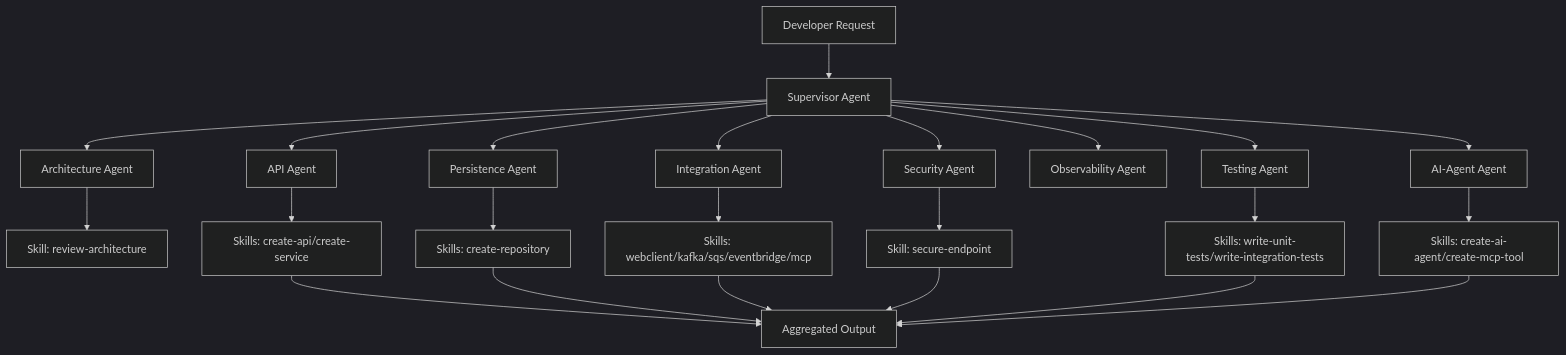
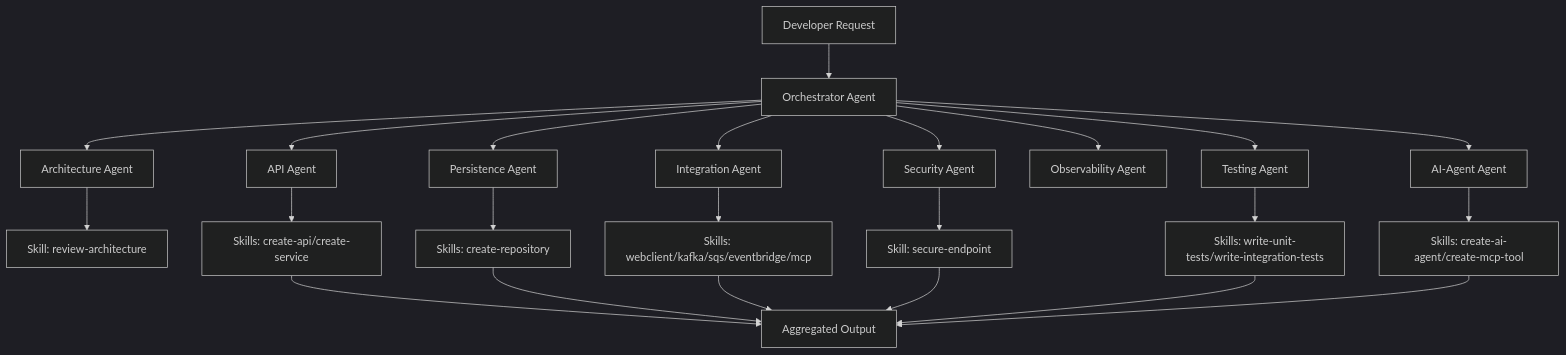
Before and after one commit to aashanashanu/spring-webflux-agent-customization: the first of 4 diagrams in docs/framework-architecture.md, drawn with Mermaid (dark theme). The commit also changed other lines of this file and 19 other files, not shown here.

````diff
--- a/docs/framework-architecture.md
+++ b/docs/framework-architecture.md
@@ -16,28 +16,28 @@
 ```mermaid
 flowchart TD
-    U[Developer Request] --> S[Supervisor Agent]
+    U[Developer Request] --> S[Orchestrator Agent]
     S --> A[Architecture Agent]
     A --> SKR[Skill: review-architecture]
 
     S --> API[API Agent]
     S --> PERS[Persistence Agent]
     S --> INT[Integration Agent]
     S --> SEC[Security Agent]
     S --> OBS[Observability Agent]
     S --> TST[Testing Agent]
     S --> AIA[AI-Agent Agent]
 
     API --> SK1[Skills: create-api/create-service]
     PERS --> SK2[Skills: create-repository]
     INT --> SK3[Skills: webclient/kafka/sqs/eventbridge/mcp]
     SEC --> SK4[Skill: secure-endpoint]
     TST --> SK5[Skills: write-unit-tests/write-integration-tests]
     AIA --> SK6[Skills: create-ai-agent/create-mcp-tool]
 
     SK1 --> OUT[Aggregated Output]
     SK2 --> OUT
     SK3 --> OUT
     SK4 --> OUT
     SK5 --> OUT
     SK6 --> OUT
 ```
````
